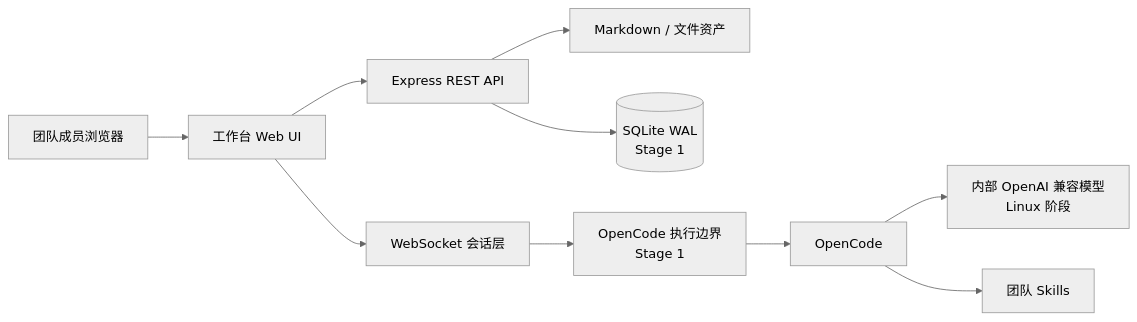
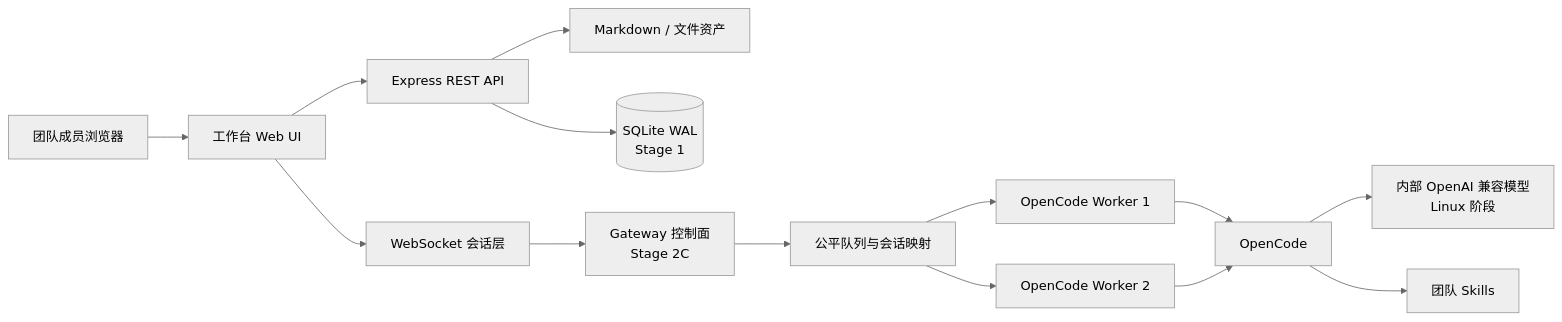
The second of 2 diagrams in README.md (rainerzhao/opencode-ia), drawn with Mermaid (neutral theme) before and after one commit. The commit also changed other lines of this file and 15 other files, not shown here.

````diff
--- a/README.md
+++ b/README.md
@@ -98,12 +98,16 @@
 ```mermaid
 flowchart LR
     U[团队成员浏览器] --> W[工作台 Web UI]
     W --> A[Express REST API]
     W --> S[WebSocket 会话层]
     A --> F[Markdown / 文件资产]
     A --> D[(SQLite WAL<br/>Stage 1)]
-    S --> G[OpenCode 执行边界<br/>Stage 1]
-    G --> O[OpenCode]
+    S --> G[Gateway 控制面<br/>Stage 2C]
+    G --> Q[公平队列与会话映射]
+    Q --> W1[OpenCode Worker 1]
+    Q --> W2[OpenCode Worker 2]
+    W1 --> O[OpenCode]
+    W2 --> O
     O --> M[内部 OpenAI 兼容模型<br/>Linux 阶段]
     O --> K[团队 Skills]
 ```
````
